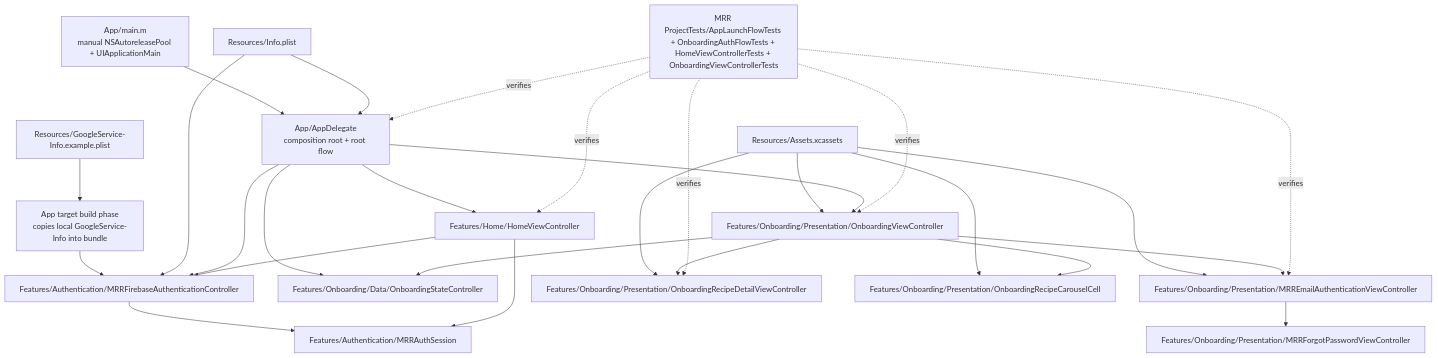
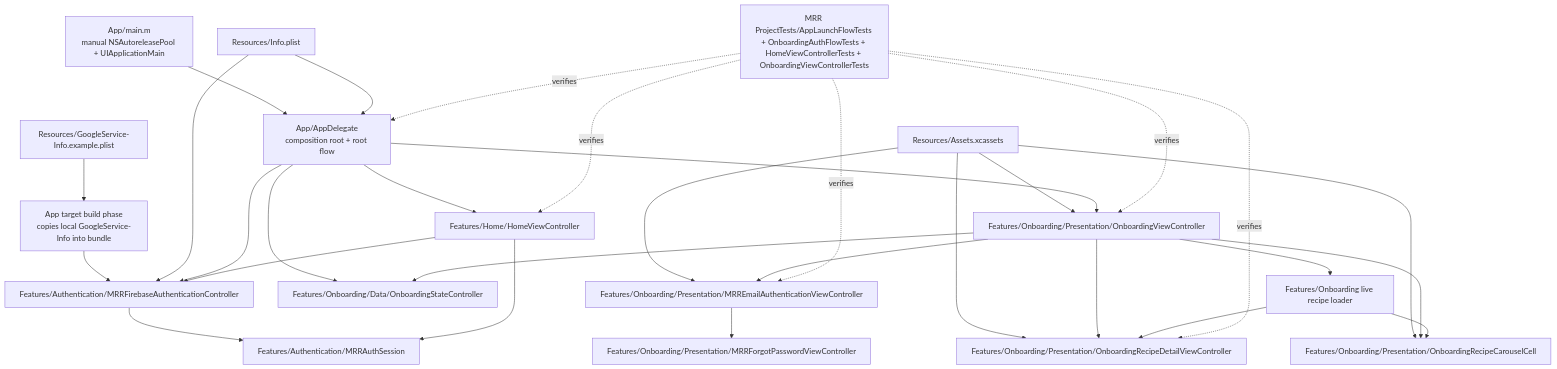
Before and after one commit to bengidev/ios-mrr-experiment: the first of 6 diagrams in ARCHITECTURE.md, drawn with Mermaid. The commit also changed other lines of this file and 2 other files, not shown here.

Commit message:
docs(onboarding): document live recipe detail experience

````diff
--- a/ARCHITECTURE.md
+++ b/ARCHITECTURE.md
@@ -30,46 +31,50 @@
 ```mermaid
 flowchart TB
   main["App/main.m<br/>manual NSAutoreleasePool + UIApplicationMain"]
   plist["Resources/Info.plist"]
   firebaseTemplate["Resources/GoogleService-Info.example.plist"]
   buildPhase["App target build phase<br/>copies local GoogleService-Info into bundle"]
   assets["Resources/Assets.xcassets"]
   app["App/AppDelegate<br/>composition root + root flow"]
   auth["Features/Authentication/MRRFirebaseAuthenticationController"]
   session["Features/Authentication/MRRAuthSession"]
   onboardingState["Features/Onboarding/Data/OnboardingStateController"]
   onboardingVC["Features/Onboarding/Presentation/OnboardingViewController"]
   emailAuthVC["Features/Onboarding/Presentation/MRREmailAuthenticationViewController"]
   forgotPasswordVC["Features/Onboarding/Presentation/MRRForgotPasswordViewController"]
   onboardingDetailVC["Features/Onboarding/Presentation/OnboardingRecipeDetailViewController"]
   carouselCell["Features/Onboarding/Presentation/OnboardingRecipeCarouselCell"]
+  recipeLoader["Features/Onboarding live recipe loader"]
   homeVC["Features/Home/HomeViewController"]
   tests["MRR ProjectTests/AppLaunchFlowTests + OnboardingAuthFlowTests + HomeViewControllerTests + OnboardingViewControllerTests"]
 
   main --> app
   plist --> app
   firebaseTemplate --> buildPhase
   buildPhase --> auth
   plist --> auth
   assets --> onboardingVC
   assets --> emailAuthVC
   assets --> onboardingDetailVC
   assets --> carouselCell
   app --> auth
   auth --> session
   app --> onboardingState
   app --> onboardingVC
   app --> homeVC
   onboardingVC --> onboardingState
   onboardingVC --> emailAuthVC
   emailAuthVC --> forgotPasswordVC
   onboardingVC --> onboardingDetailVC
   onboardingVC --> carouselCell
+  onboardingVC --> recipeLoader
+  recipeLoader --> onboardingDetailVC
+  recipeLoader --> carouselCell
   homeVC --> auth
   homeVC --> session
   tests -.verifies.-> app
   tests -.verifies.-> onboardingVC
   tests -.verifies.-> emailAuthVC
   tests -.verifies.-> homeVC
   tests -.verifies.-> onboardingDetailVC
 ```
````
